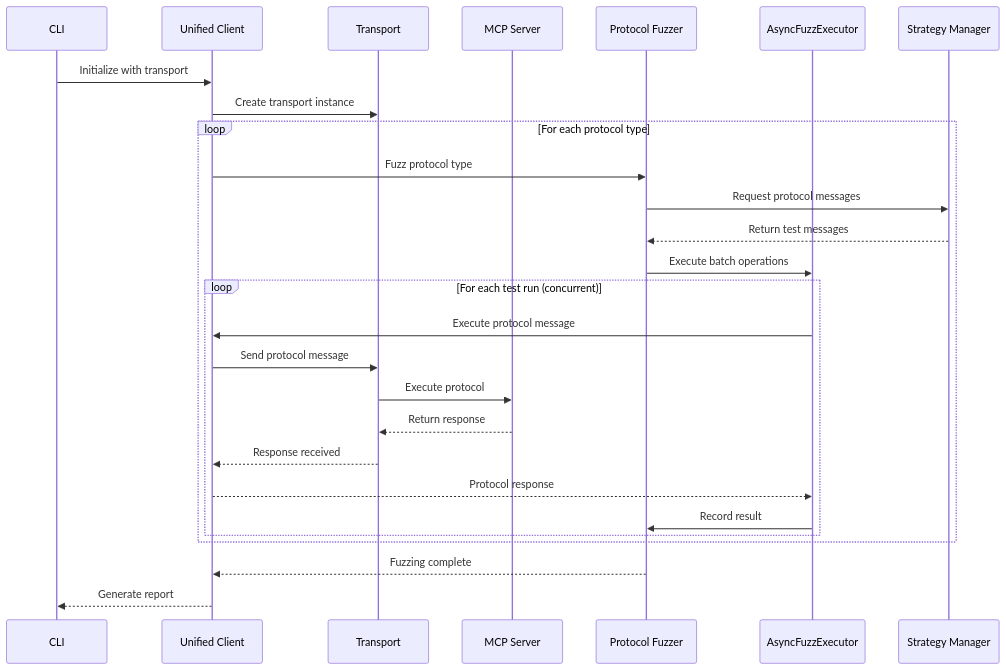
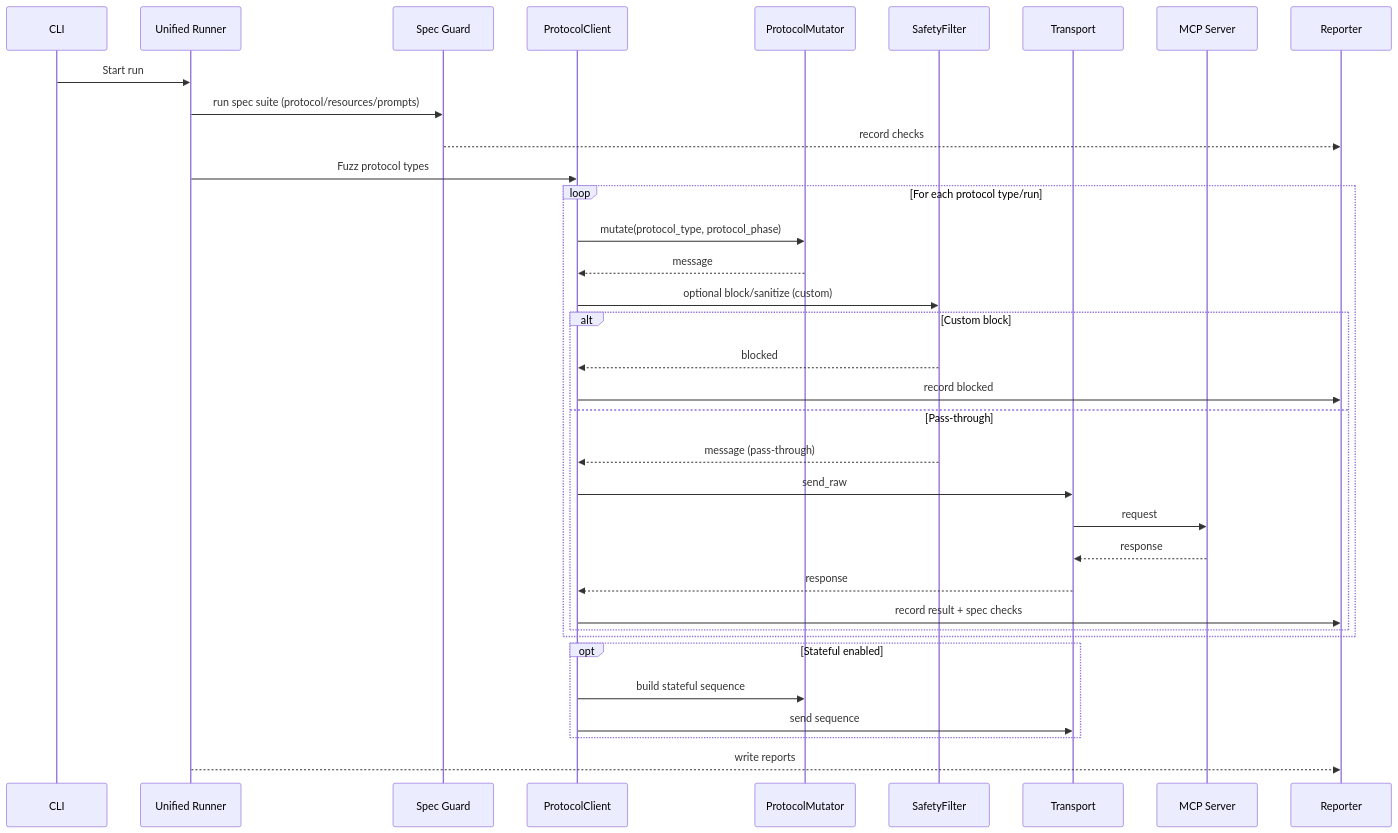
One commit to Agent-Hellboy/mcp-server-fuzzer changed the seventh of 8 diagrams in docs/architecture/architecture.md. Above: the diagram before and after it, drawn with Mermaid. The commit also changed other lines of this file and 24 other files, not shown here.

````diff
--- a/docs/architecture/architecture.md
+++ b/docs/architecture/architecture.md
@@ -673,34 +676,41 @@
 ```mermaid
 sequenceDiagram
     participant CLI as CLI
-    participant Client as Unified Client
+    participant Runner as Unified Runner
+    participant SpecGuard as Spec Guard
+    participant ProtocolClient as ProtocolClient
+    participant Mutator as ProtocolMutator
+    participant Safety as SafetyFilter
     participant Transport as Transport
     participant Server as MCP Server
-    participant Fuzzer as Protocol Fuzzer
-    participant Executor as AsyncFuzzExecutor
-    participant Strategy as Strategy Manager
+    participant Reporter as Reporter
 
-    CLI->>Client: Initialize with transport
-    Client->>Transport: Create transport instance
+    CLI->>Runner: Start run
+    Runner->>SpecGuard: run spec suite (protocol/resources/prompts)
+    SpecGuard-->>Reporter: record checks
+    Runner->>ProtocolClient: Fuzz protocol types
 
-    loop For each protocol type
-        Client->>Fuzzer: Fuzz protocol type
-        Fuzzer->>Strategy: Request protocol messages
-        Strategy-->>Fuzzer: Return test messages
-
-        Fuzzer->>Executor: Execute batch operations
-
-        loop For each test run (concurrent)
-            Executor->>Client: Execute protocol message
-            Client->>Transport: Send protocol message
-            Transport->>Server: Execute protocol
-            Server-->>Transport: Return response
-            Transport-->>Client: Response received
-            Client-->>Executor: Protocol response
-            Executor->>Fuzzer: Record result
+    loop For each protocol type/run
+        ProtocolClient->>Mutator: mutate(protocol_type, protocol_phase)
+        Mutator-->>ProtocolClient: message
+        ProtocolClient->>Safety: optional block/sanitize (custom)
+        alt Custom block
+            Safety-->>ProtocolClient: blocked
+            ProtocolClient->>Reporter: record blocked
+        else Pass-through
+            Safety-->>ProtocolClient: message (pass-through)
+            ProtocolClient->>Transport: send_raw
+            Transport->>Server: request
+            Server-->>Transport: response
+            Transport-->>ProtocolClient: response
+            ProtocolClient->>Reporter: record result + spec checks
         end
     end
 
-    Fuzzer-->>Client: Fuzzing complete
-    Client-->>CLI: Generate report
+    opt Stateful enabled
+        ProtocolClient->>Mutator: build stateful sequence
+        ProtocolClient->>Transport: send sequence
+    end
+
+    Runner-->>Reporter: write reports
 ```
````
